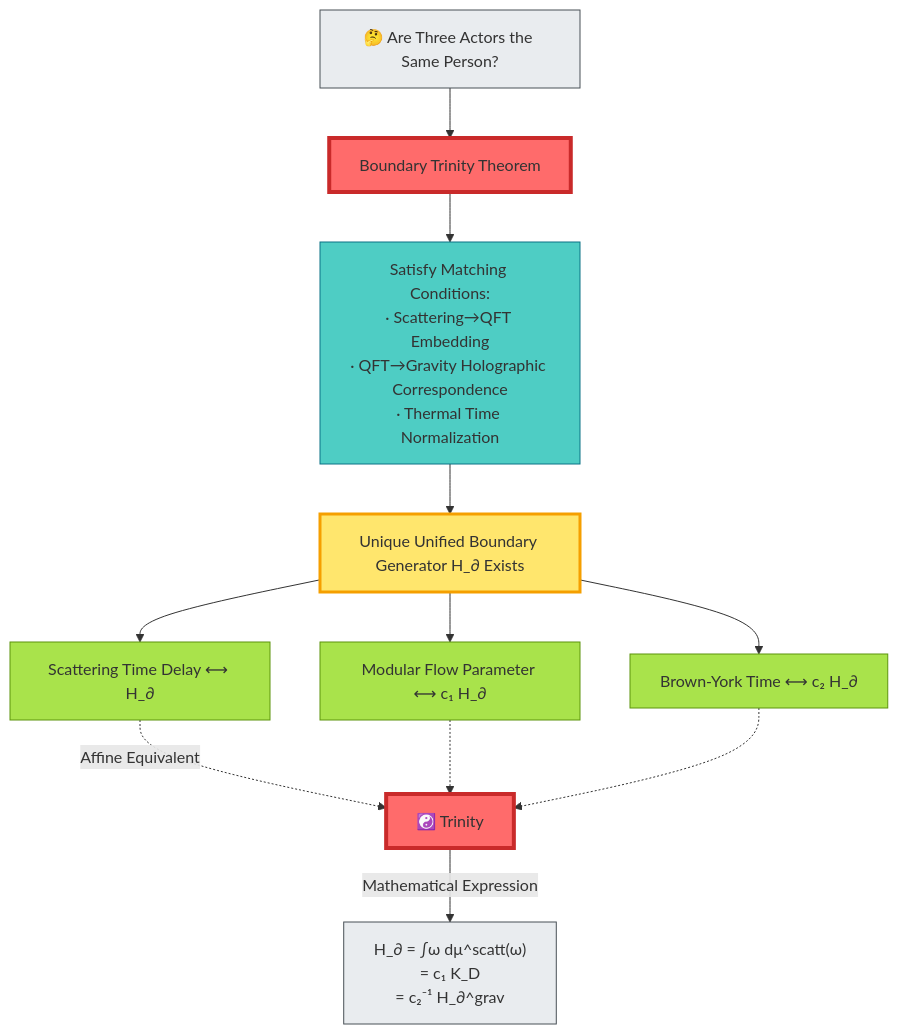
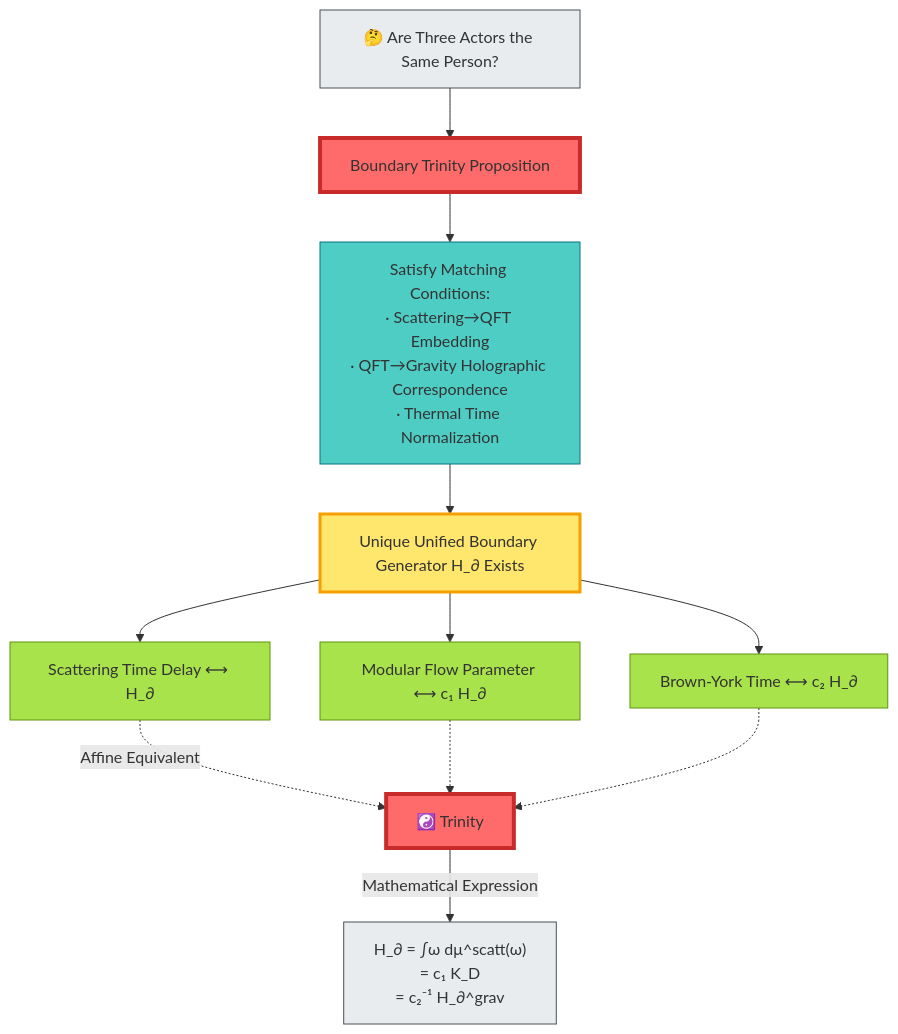
One commit to loning/zeckendorf-hilbert changed the fourth of 10 diagrams in docs/euler-article/gls-union/06-boundary-theory/07-boundary-as-stage_en.md. Above: the diagram before and after it, drawn with Mermaid. The commit also changed other lines of this file and 111 other files, not shown here.

````diff
--- a/docs/euler-article/gls-union/06-boundary-theory/07-boundary-as-stage_en.md
+++ b/docs/euler-article/gls-union/06-boundary-theory/07-boundary-as-stage_en.md
@@ -255,30 +255,30 @@
 ```mermaid
 graph TB
     Question["🤔 Are Three Actors the Same Person?"]
 
-    Question --> Theorem["Boundary Trinity Theorem"]
+    Question --> Theorem["Boundary Trinity Proposition"]
 
     Theorem --> Condition["Satisfy Matching Conditions:<br/>· Scattering→QFT Embedding<br/>· QFT→Gravity Holographic Correspondence<br/>· Thermal Time Normalization"]
 
     Condition --> Result["Unique Unified Boundary Generator H_∂ Exists"]
 
     Result --> R1["Scattering Time Delay ⟷ H_∂"]
     Result --> R2["Modular Flow Parameter ⟷ c₁ H_∂"]
     Result --> R3["Brown-York Time ⟷ c₂ H_∂"]
 
     R1 -.->|"Affine Equivalent"| Unity["☯️ Trinity"]
     R2 -.-> Unity
     R3 -.-> Unity
 
     Unity -->|"Mathematical Expression"| Formula["H_∂ = ∫ω dμ^scatt(ω)<br/>= c₁ K_D<br/>= c₂⁻¹ H_∂^grav"]
 
     style Question fill:#e9ecef,stroke:#495057
     style Theorem fill:#ff6b6b,stroke:#c92a2a,stroke-width:4px
     style Condition fill:#4ecdc4,stroke:#0b7285
     style Result fill:#ffe66d,stroke:#f59f00,stroke-width:3px
     style R1 fill:#a9e34b,stroke:#5c940d
     style R2 fill:#a9e34b,stroke:#5c940d
     style R3 fill:#a9e34b,stroke:#5c940d
     style Unity fill:#ff6b6b,stroke:#c92a2a,stroke-width:4px
     style Formula fill:#e9ecef,stroke:#495057
 ```
````
